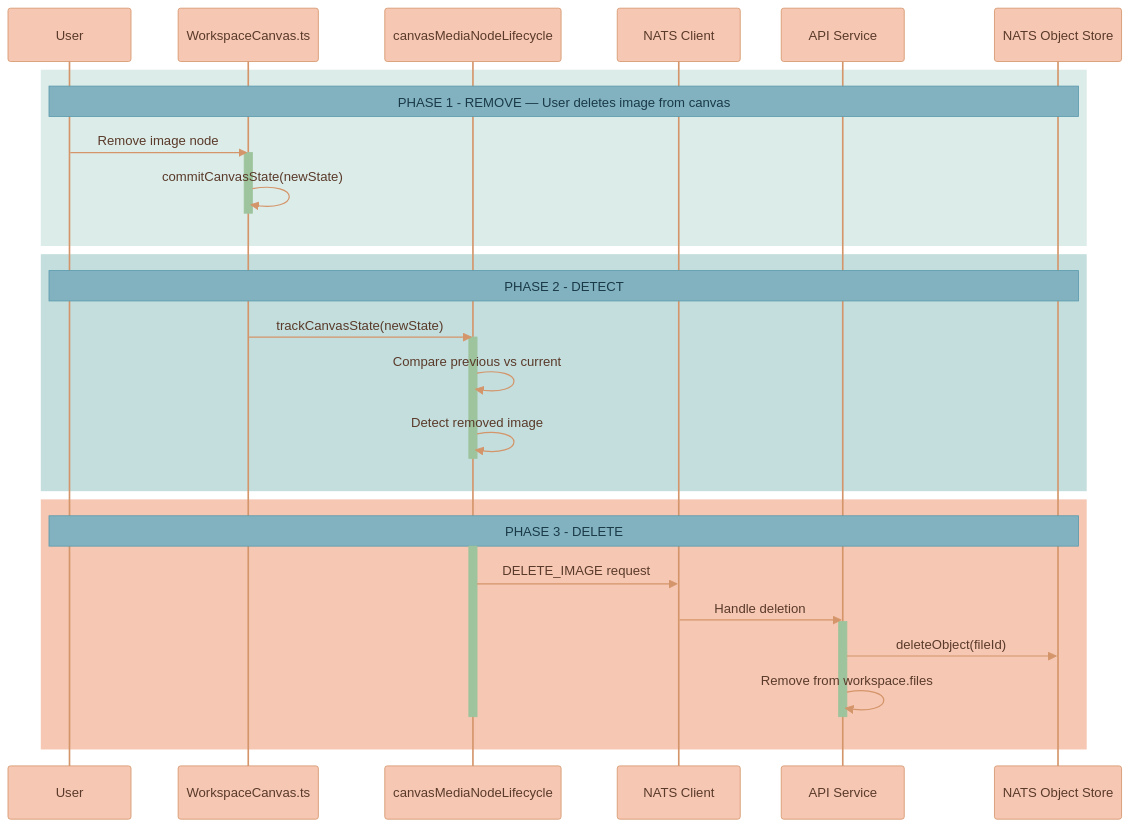
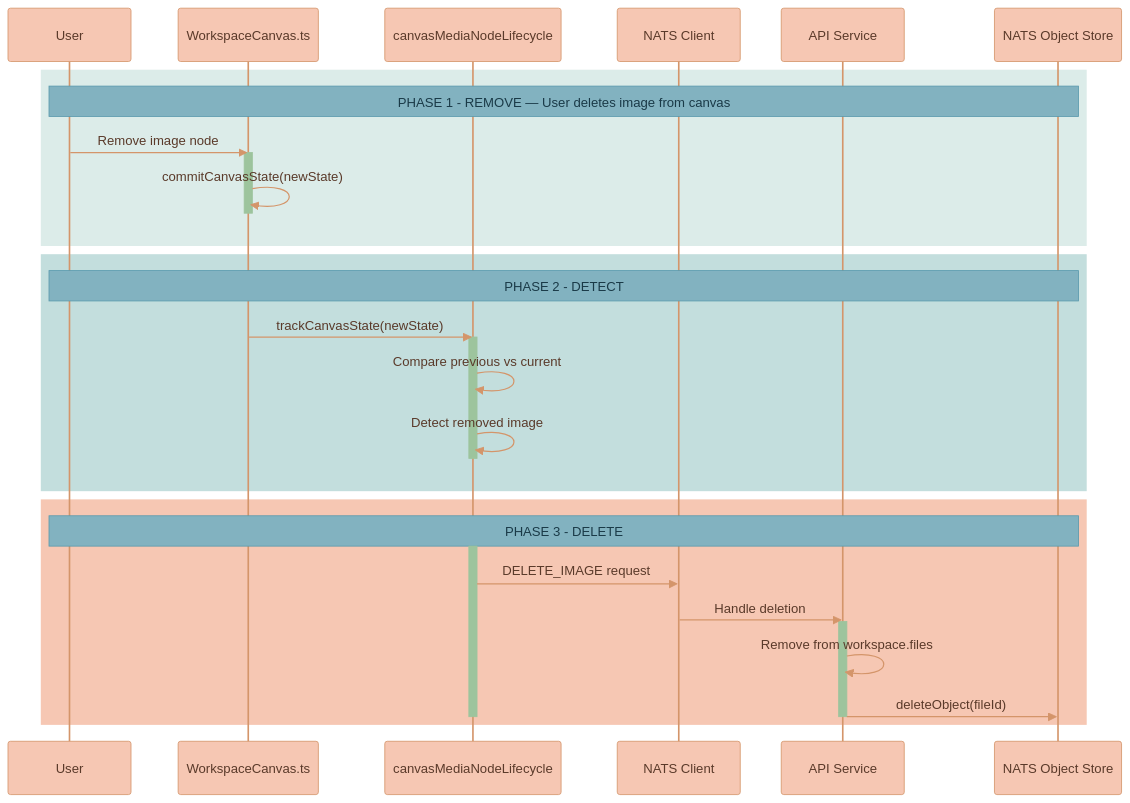
One commit to Lixpi/lixpi changed the fourth of 6 diagrams in documentation/canvas/USER-FLOWS.md. Above: the diagram before and after it, drawn with Mermaid. The commit also changed other lines of this file and 17 other files, not shown here.

````diff
--- a/documentation/canvas/USER-FLOWS.md
+++ b/documentation/canvas/USER-FLOWS.md
@@ -183,47 +183,47 @@
 ```mermaid
 %%{init: {'theme': 'base', 'themeVariables': { 'noteBkgColor': '#82B2C0', 'noteTextColor': '#1a3a47', 'noteBorderColor': '#5a9aad', 'actorBkg': '#F6C7B3', 'actorBorder': '#d4956a', 'actorTextColor': '#5a3a2a', 'actorLineColor': '#d4956a', 'signalColor': '#d4956a', 'signalTextColor': '#5a3a2a', 'labelBoxBkgColor': '#F6C7B3', 'labelBoxBorderColor': '#d4956a', 'labelTextColor': '#5a3a2a', 'loopTextColor': '#5a3a2a', 'activationBorderColor': '#9DC49D', 'activationBkgColor': '#9DC49D', 'sequenceNumberColor': '#5a3a2a'}}}%%
 sequenceDiagram
     participant User
     participant Canvas as WorkspaceCanvas.ts
     participant Tracker as canvasMediaNodeLifecycle
     participant NATS as NATS Client
     participant API as API Service
     participant ObjStore as NATS Object Store
     %% ═══════════════════════════════════════════════════════════════
     %% PHASE 1: REMOVE
     %% ═══════════════════════════════════════════════════════════════
     rect rgb(220, 236, 233)
         Note over User, ObjStore: PHASE 1 - REMOVE — User deletes image from canvas
         User->>Canvas: Remove image node
         activate Canvas
         Canvas->>Canvas: commitCanvasState(newState)
         deactivate Canvas
     end
 
     %% ═══════════════════════════════════════════════════════════════
     %% PHASE 2: DETECT
     %% ═══════════════════════════════════════════════════════════════
     rect rgb(195, 222, 221)
         Note over User, ObjStore: PHASE 2 - DETECT
         Canvas->>Tracker: trackCanvasState(newState)
         activate Tracker
         Tracker->>Tracker: Compare previous vs current
         Tracker->>Tracker: Detect removed image
         deactivate Tracker
     end
 
     %% ═══════════════════════════════════════════════════════════════
     %% PHASE 3: DELETE
     %% ═══════════════════════════════════════════════════════════════
     rect rgb(246, 199, 179)
         Note over User, ObjStore: PHASE 3 - DELETE
         activate Tracker
         Tracker->>NATS: DELETE_IMAGE request
         NATS->>API: Handle deletion
         activate API
+        API->>API: Remove from workspace.files
         API->>ObjStore: deleteObject(fileId)
-        API->>API: Remove from workspace.files
         deactivate API
         deactivate Tracker
     end
 ```
````
